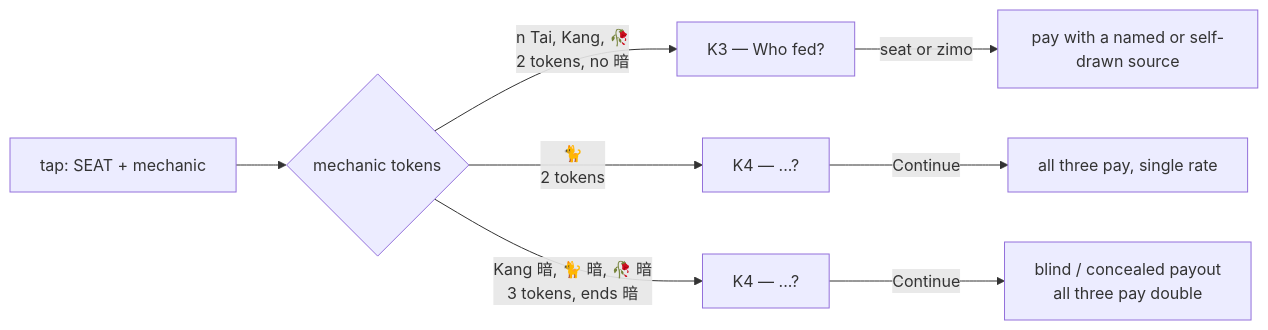
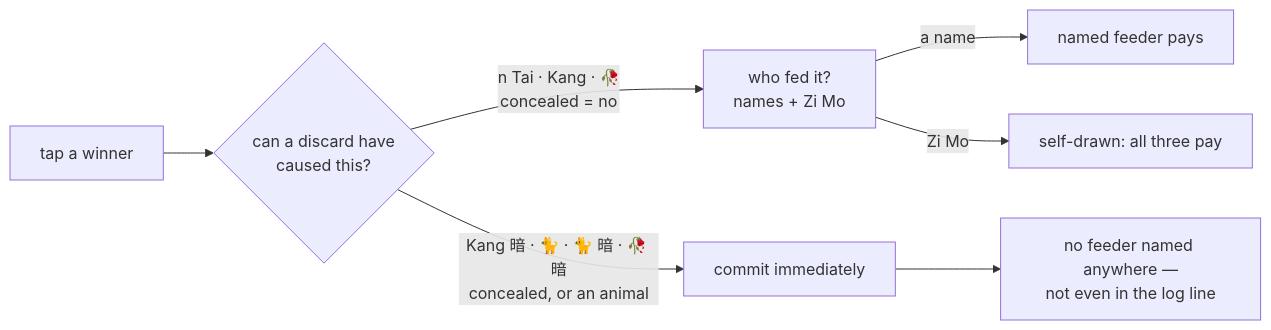
Before and after one commit to jonkoong/SGMahjongCalcTele: the second of 7 diagrams in docs/flow.md, drawn with Mermaid. The commit also changed other lines of this file and 3 other files, not shown here.

````diff
--- a/docs/flow.md
+++ b/docs/flow.md
@@ -67,10 +86,9 @@
 ```mermaid
 flowchart LR
-    T["tap: SEAT + mechanic"] --> N{"mechanic tokens"}
-    N -->|"n Tai, Kang, 🥀<br/>2 tokens, no 暗"| W["K3 — Who fed?"]
-    N -->|"🐈<br/>2 tokens"| C["K4 — ...?"]
-    N -->|"Kang 暗, 🐈 暗, 🥀 暗<br/>3 tokens, ends 暗"| C2["K4 — ...?"]
-    W -->|"seat or zimo"| P1["pay with a named or self-drawn source"]
-    C2 -->|Continue| P2["blind / concealed payout<br/>all three pay double"]
-    C -->|Continue| P3["all three pay, single rate"]
+    T["tap a winner"] --> Q{"can a discard have<br/>caused this?"}
+    Q -->|"n Tai · Kang · 🥀<br/>concealed = no"| P["who fed it?<br/>names + Zi Mo"]
+    Q -->|"Kang 暗 · 🐈 · 🐈 暗 · 🥀 暗<br/>concealed, or an animal"| C["commit immediately"]
+    P -->|"a name"| N1["named feeder pays"]
+    P -->|"Zi Mo"| N2["self-drawn: all three pay"]
+    C --> N3["no feeder named anywhere —<br/>not even in the log line"]
 ```
````
